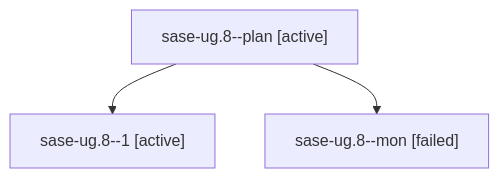
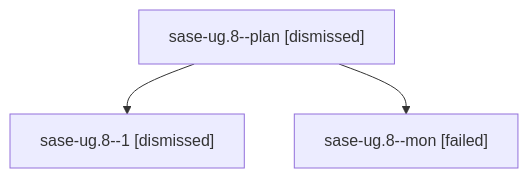
Before and after one commit to sase-org/sase--agents: the diagram in sessions/bbugyi200.athena.sase-ug.8.md, drawn with Mermaid. The commit also changed other lines of this file and 380 other files, not shown here.

````diff
--- a/sessions/bbugyi200.athena.sase-ug.8.md
+++ b/sessions/bbugyi200.athena.sase-ug.8.md
@@ -9,8 +9,8 @@
 ```mermaid
 flowchart TD
-  n0["sase-ug.8--plan [active]"]
-  n1["sase-ug.8--1 [active]"]
+  n0["sase-ug.8--plan [dismissed]"]
+  n1["sase-ug.8--1 [dismissed]"]
   n0 --> n1
   n2["sase-ug.8--mon [failed]"]
   n0 --> n2
 ```
````
